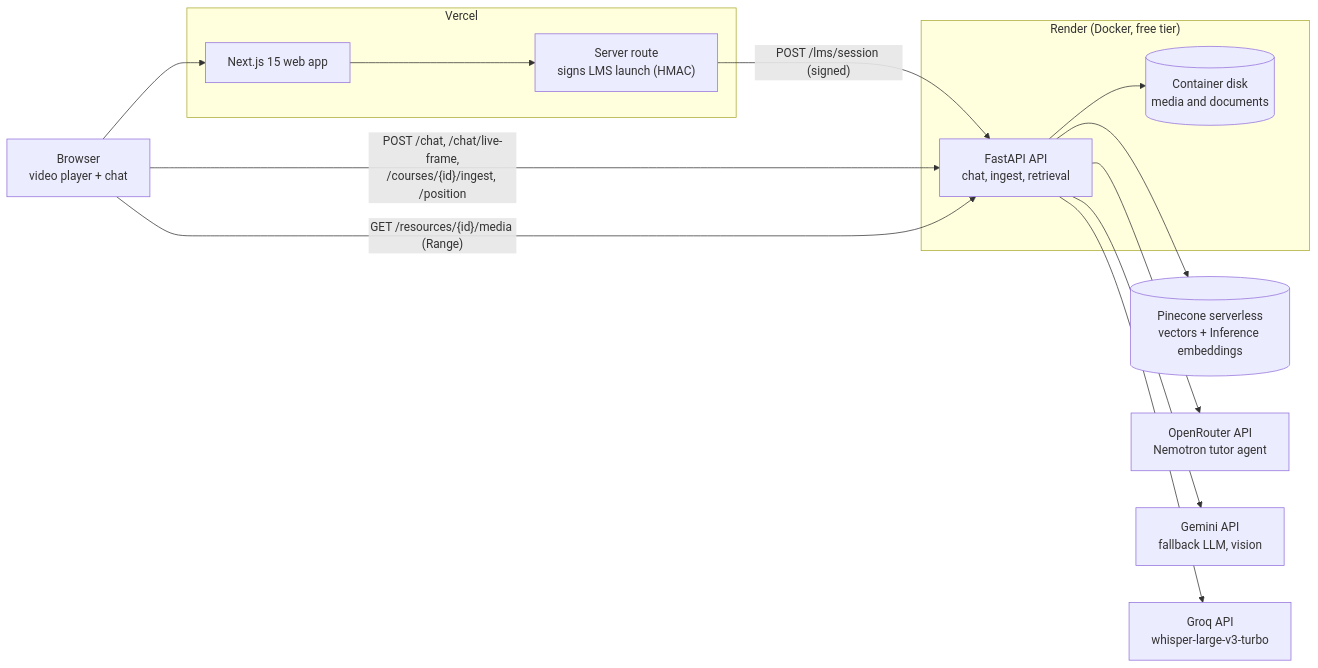
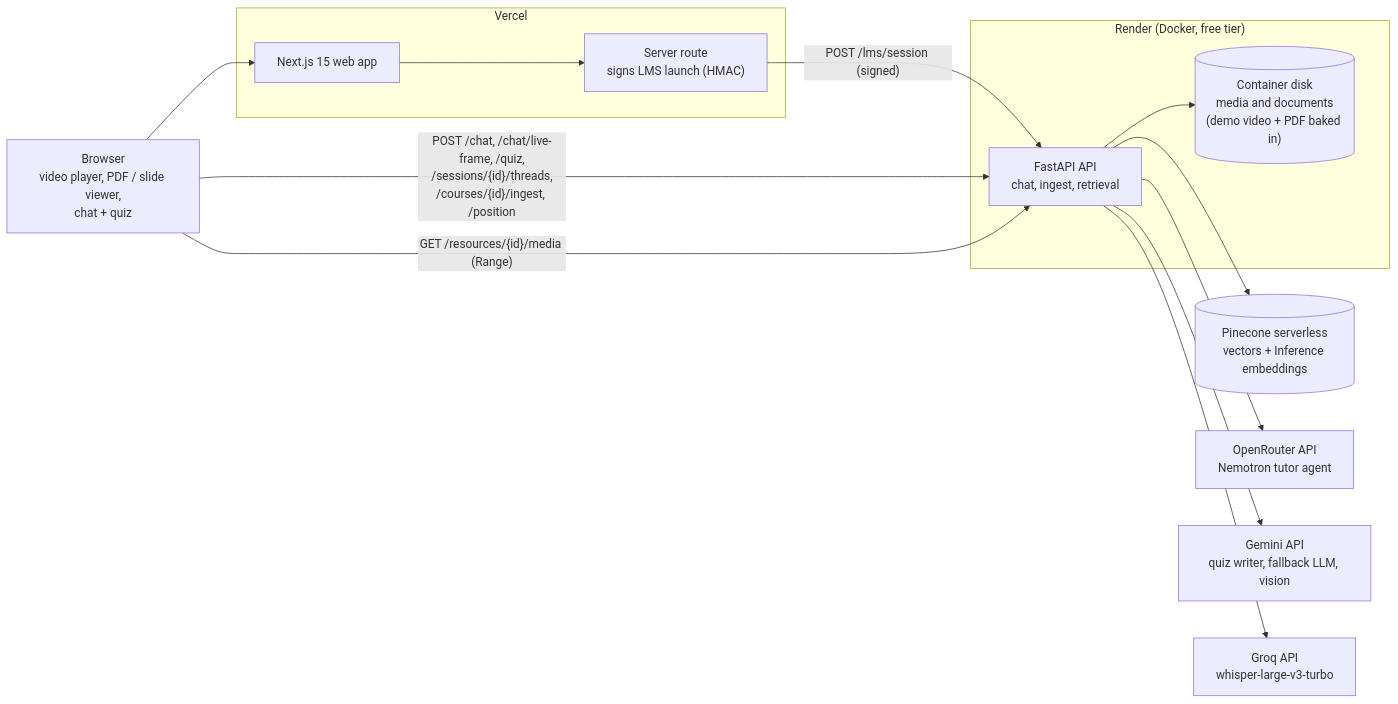
Before and after one commit to Nanu69-batman/ailearn: the first of 7 diagrams in submission/ARCHITECTURE.md, drawn with Mermaid. The commit also changed other lines of this file and 10 other files, not shown here.

First line of the commit message:
docs(submission): bring every doc and diagram up to date

````diff
--- a/submission/ARCHITECTURE.md
+++ b/submission/ARCHITECTURE.md
@@ -24,27 +26,27 @@
 ```mermaid
 flowchart LR
-  B["Browser<br/>video player + chat"]
+  B["Browser<br/>video player, PDF / slide viewer,<br/>chat + quiz"]
   subgraph VER["Vercel"]
     W["Next.js 15 web app"]
     L["Server route<br/>signs LMS launch (HMAC)"]
   end
   subgraph RN["Render (Docker, free tier)"]
     A["FastAPI API<br/>chat, ingest, retrieval"]
-    D[("Container disk<br/>media and documents")]
+    D[("Container disk<br/>media and documents<br/>(demo video + PDF baked in)")]
   end
   P[("Pinecone serverless<br/>vectors + Inference embeddings")]
   O["OpenRouter API<br/>Nemotron tutor agent"]
-  G["Gemini API<br/>fallback LLM, vision"]
+  G["Gemini API<br/>quiz writer, fallback LLM, vision"]
   Q["Groq API<br/>whisper-large-v3-turbo"]
 
   B --> W
   W --> L
   L -->|"POST /lms/session (signed)"| A
-  B -->|"POST /chat, /chat/live-frame,<br/>/courses/{id}/ingest, /position"| A
+  B -->|"POST /chat, /chat/live-frame, /quiz,<br/>/sessions/{id}/threads,<br/>/courses/{id}/ingest, /position"| A
   B -->|"GET /resources/{id}/media (Range)"| A
   A --> P
   A --> D
   A --> O
   A --> G
   A --> Q
 ```
````
